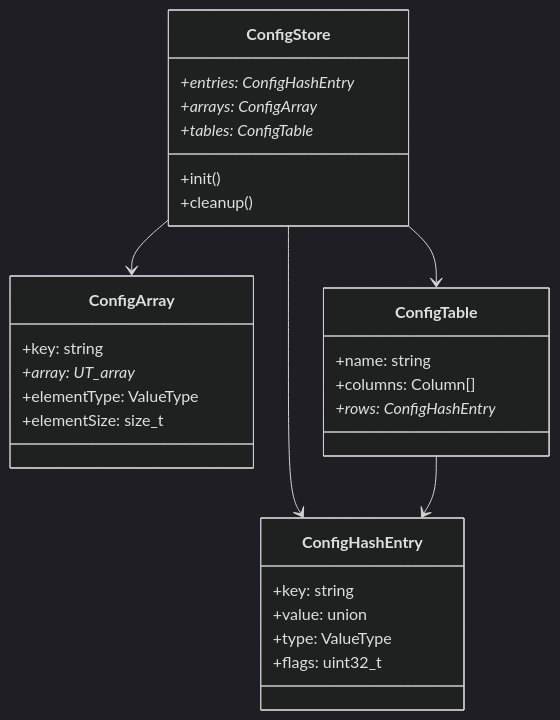
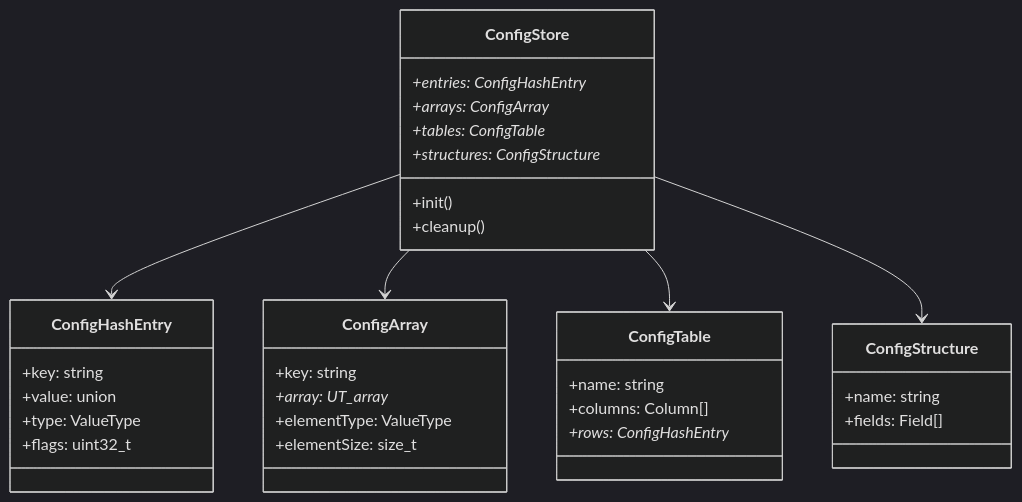
Before and after one commit to hazem3443/Mem_mgnt_interface: the sixth of 6 diagrams in Docs/Design_Docs/HighLvl_Design.md, drawn with Mermaid (dark theme). The commit also changed other lines of this file, not shown here.

Commit message:
Refactor Memory Management Architecture: Enhance diagram structure and clarity by integrating Unified Configuration Manager and Cache System components

````diff
--- a/Docs/Design_Docs/HighLvl_Design.md
+++ b/Docs/Design_Docs/HighLvl_Design.md
@@ -169,35 +194,40 @@
 ```mermaid
 classDiagram
     class ConfigStore {
         +entries: ConfigHashEntry*
         +arrays: ConfigArray*
         +tables: ConfigTable*
+        +structures: ConfigStructure*
         +init()
         +cleanup()
     }
     
     class ConfigHashEntry {
         +key: string
         +value: union
         +type: ValueType
         +flags: uint32_t
     }
     
     class ConfigArray {
         +key: string
         +array: UT_array*
         +elementType: ValueType
         +elementSize: size_t
     }
     
     class ConfigTable {
         +name: string
         +columns: Column[]
         +rows: ConfigHashEntry*
     }
+    class ConfigStructure {
+        +name: string
+        +fields: Field[]
+    }
     
     ConfigStore --> ConfigHashEntry
     ConfigStore --> ConfigArray
     ConfigStore --> ConfigTable
-    ConfigTable --> ConfigHashEntry
+    ConfigStore --> ConfigStructure
 ```
````
